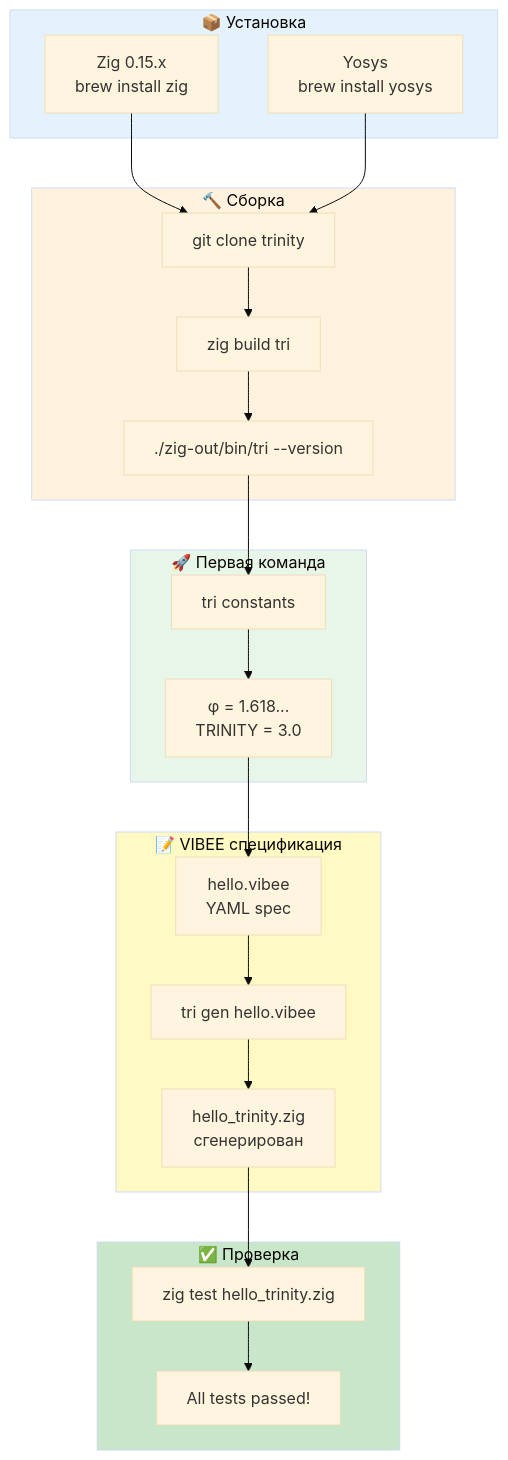
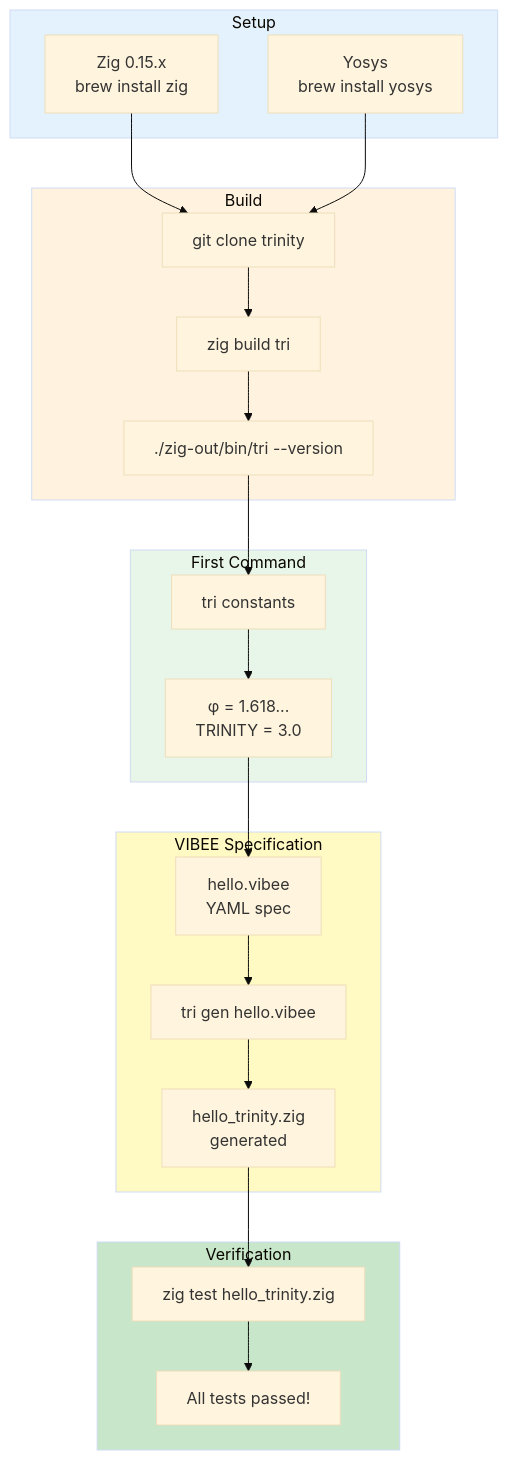
The diagram in docs/docs/tutorials/quick-start.md (gHashTag/trinity-fpga), drawn with Mermaid (base theme) before and after one commit. The commit also changed other lines of this file and 55 other files, not shown here.

````diff
--- a/docs/docs/tutorials/quick-start.md
+++ b/docs/docs/tutorials/quick-start.md
@@ -7,39 +7,39 @@
 ```mermaid
 flowchart TB
-    subgraph Setup["📦 Установка"]
+    subgraph Setup["Setup"]
         A1[Zig 0.15.x<br/>brew install zig]
         A2[Yosys<br/>brew install yosys]
     end
 
-    subgraph Build["🔨 Сборка"]
+    subgraph Build["Build"]
         B1[git clone trinity]
         B2[zig build tri]
         B3[./zig-out/bin/tri --version]
     end
 
-    subgraph First["🚀 Первая команда"]
+    subgraph First["First Command"]
         C1[tri constants]
         C2[φ = 1.618...<br/>TRINITY = 3.0]
     end
 
-    subgraph VIBEE["📝 VIBEE спецификация"]
+    subgraph VIBEE["VIBEE Specification"]
         D1[hello.vibee<br/>YAML spec]
         D2[tri gen hello.vibee]
-        D3[hello_trinity.zig<br/>сгенерирован]
+        D3[hello_trinity.zig<br/>generated]
     end
 
-    subgraph Test["✅ Проверка"]
+    subgraph Test["Verification"]
         E1[zig test hello_trinity.zig]
         E2[All tests passed!]
     end
 
     A1 --> B1
     A2 --> B1
     B1 --> B2 --> B3 --> C1 --> C2 --> D1 --> D2 --> D3 --> E1 --> E2
 
     style Setup fill:#e3f2fd
     style Build fill:#fff3e0
     style First fill:#e8f5e9
     style VIBEE fill:#fff9c4
     style Test fill:#c8e6c9
 ```
````
